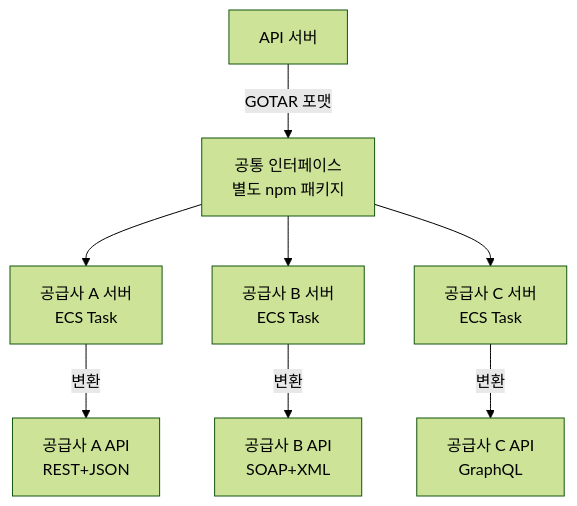
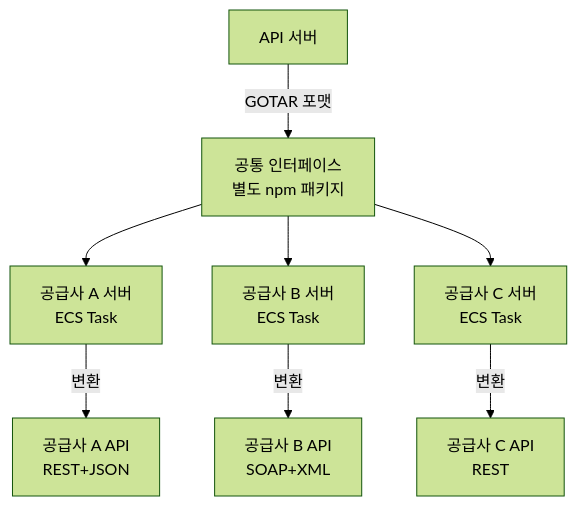
Before and after one commit to SJY0917032/SJY0917032.github.io: the first of 3 diagrams in docs/posts/api-gateway-layer.md, drawn with Mermaid (forest theme). The commit also changed other lines of this file and 8 other files, not shown here.

````diff
--- a/docs/posts/api-gateway-layer.md
+++ b/docs/posts/api-gateway-layer.md
@@ -92,12 +92,12 @@
 ```mermaid
 flowchart TB
     CLIENT[API 서버] -->|GOTAR 포맷| GOTAR_INTERFACE[공통 인터페이스\n별도 npm 패키지]
 
     GOTAR_INTERFACE --> SERVER_A[공급사 A 서버\nECS Task]
     GOTAR_INTERFACE --> SERVER_B[공급사 B 서버\nECS Task]
     GOTAR_INTERFACE --> SERVER_C[공급사 C 서버\nECS Task]
 
     SERVER_A -->|변환| SUPPLIER_A[공급사 A API\nREST+JSON]
     SERVER_B -->|변환| SUPPLIER_B[공급사 B API\nSOAP+XML]
-    SERVER_C -->|변환| SUPPLIER_C[공급사 C API\nGraphQL]
+    SERVER_C -->|변환| SUPPLIER_C[공급사 C API\nREST]
 ```
````
